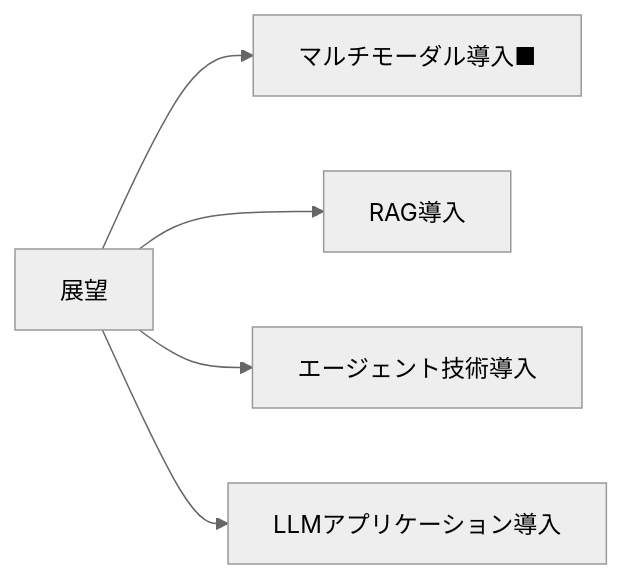
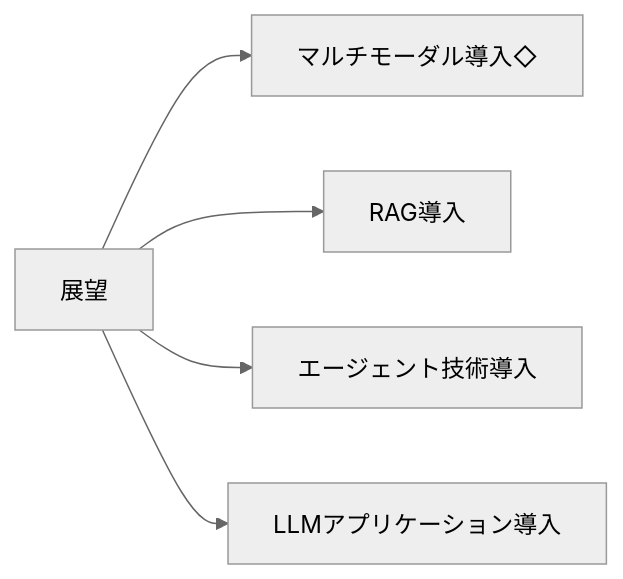
One commit to SparklingDetergent/doc_genai_Using_Generative_AI_with_Mac_Mini_-Introduction- changed diagram 14 of 14 in README.md. Above: the diagram before and after it, drawn with Mermaid (neutral theme). The commit also changed other lines of this file, not shown here.

````diff
--- a/README.md
+++ b/README.md
@@ -259,7 +259,7 @@
 ```mermaid
 graph LR
-    A[展望] --> B[マルチモーダル導入■]
+    A[展望] --> B[マルチモーダル導入◇]
     A --> C[RAG導入]
     A --> D[エージェント技術導入]
     A --> E[LLMアプリケーション導入]
 ```
````
